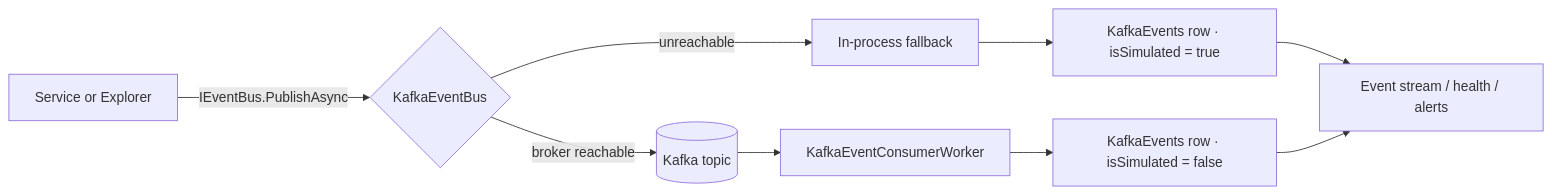
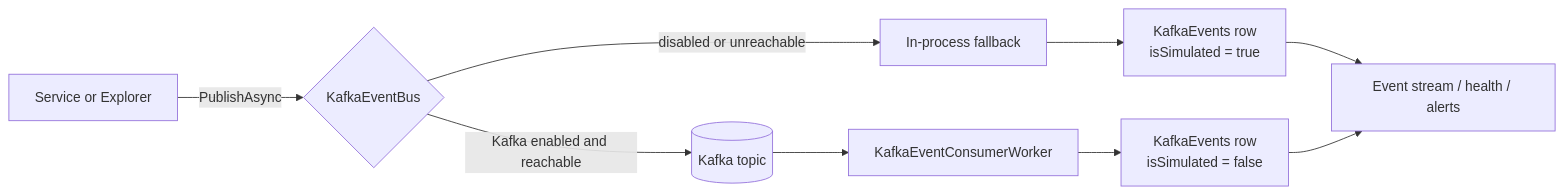
The tenth of 12 diagrams in docs/ARCHITECTURE.md (Rutuja-Shukla/NexusBank-Enterprise-Intelligence-Platform), drawn with Mermaid before and after one commit. The commit also changed other lines of this file and 20 other files, not shown here.

````diff
--- a/docs/ARCHITECTURE.md
+++ b/docs/ARCHITECTURE.md
@@ -153,11 +396,11 @@
 ```mermaid
 flowchart LR
-    S[Service or Explorer] -->|IEventBus.PublishAsync| B{KafkaEventBus}
-    B -->|broker reachable| K[(Kafka topic)]
-    B -->|unreachable| M[In-process fallback]
+    S[Service or Explorer] -->|PublishAsync| B{KafkaEventBus}
+    B -->|Kafka enabled and reachable| K[(Kafka topic)]
+    B -->|disabled or unreachable| M[In-process fallback]
     K --> C[KafkaEventConsumerWorker]
-    M --> R[KafkaEvents row · isSimulated = true]
-    C --> R2[KafkaEvents row · isSimulated = false]
+    M --> R[KafkaEvents row<br/>isSimulated = true]
+    C --> R2[KafkaEvents row<br/>isSimulated = false]
     R --> UI[Event stream / health / alerts]
     R2 --> UI
 ```
````
